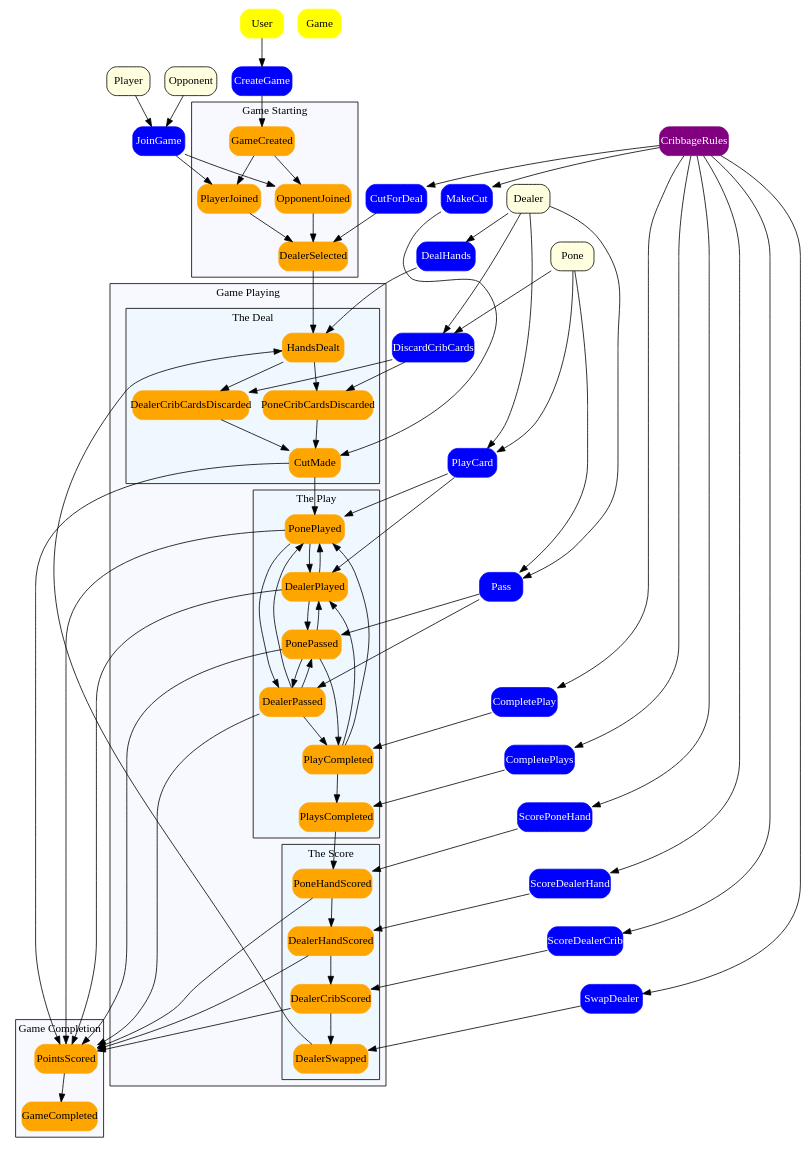
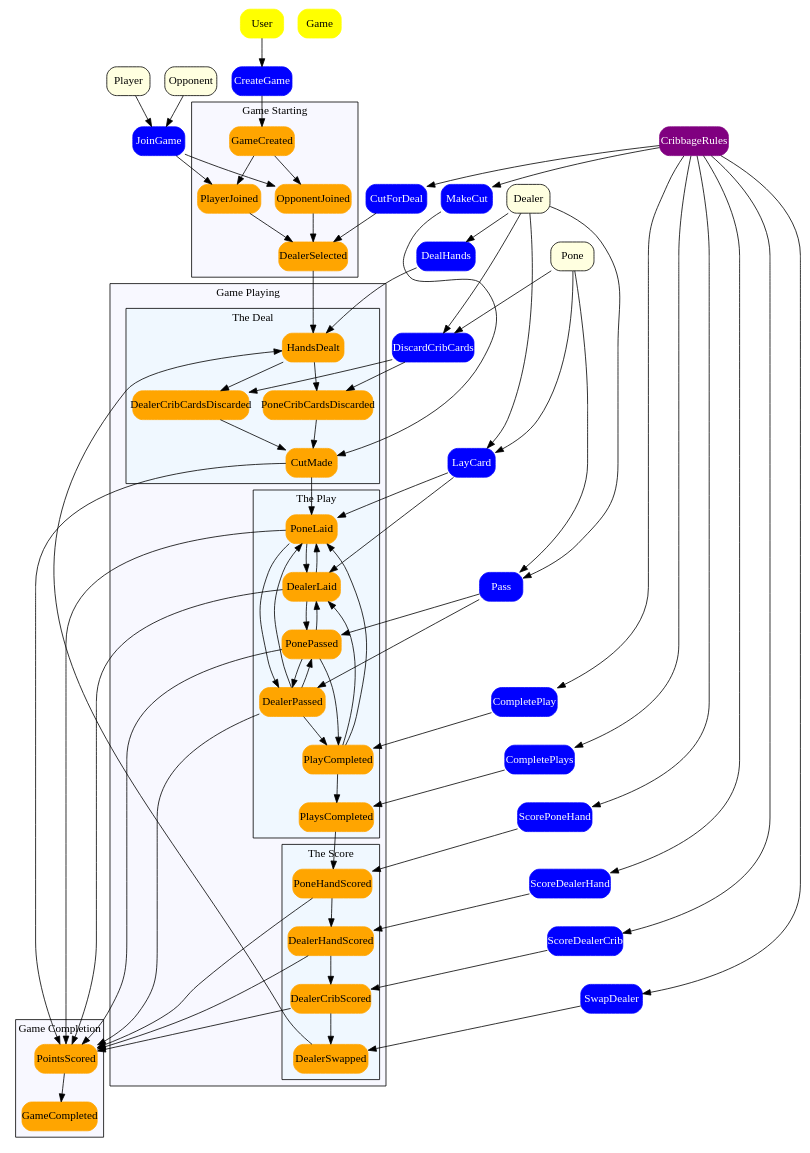
The diagram in design/events.dot (nigeleke/cribbage), drawn with Graphviz before and after one commit. The commit also changed 35 other files, not shown here.

```diff
--- a/design/events.dot
+++ b/design/events.dot
@@ -1,200 +1,199 @@
 digraph Cribbage {
 	graph [fontname="comic sans ms"];
 	node [style="filled, rounded", fontname="comic sans ms", shape=rectangle];
 	edge [fontname="comic sans ms"]
 
 	subgraph Events {
 		node [color=orange];
 
 		subgraph cluster_GameStartedEvents {
 			label="Game Starting"
 			style=filled;
 			fillcolor=ghostwhite;
 
 			GameCreated
 			PlayerJoined
 			OpponentJoined
 			DealerSelected
 		}
 
 		subgraph cluster_GamePlayingEvents {
 			label="Game Playing";
 			style=filled;
 			fillcolor=ghostwhite;
 		
 			subgraph cluster_DealingPhase {
 				label="The Deal"
 				fillcolor=aliceblue;
 				HandsDealt
 				DealerCribCardsDiscarded
 				PoneCribCardsDiscarded
 				CutMade
 			}
 
 			subgraph cluster_PlayingPhase {
 				label="The Play"
 				fillcolor=aliceblue;
-				PonePlayed
+				PoneLaid
 				PonePassed
-				DealerPlayed
+				DealerLaid
 				DealerPassed
 				PlayCompleted
 				PlaysCompleted
 			}
 
 			subgraph cluster_ScoringPhase {
 				label="The Score"
 				fillcolor=aliceblue;
 				PoneHandScored
 				DealerHandScored
 				DealerCribScored
 				DealerSwapped
 			}
 		}
 
 		subgraph cluster_GameCompletionEvents {
 			label="Game Completion";
 			style=filled;
 			fillcolor=ghostwhite;
 
 			PointsScored
 			GameCompleted
 		}
 
 		GameCreated -> PlayerJoined
 		GameCreated -> OpponentJoined
 
 		PlayerJoined -> DealerSelected
 		OpponentJoined -> DealerSelected
 
 		DealerSelected -> HandsDealt
 
 		HandsDealt -> DealerCribCardsDiscarded
 		HandsDealt -> PoneCribCardsDiscarded
 
 		DealerCribCardsDiscarded -> CutMade
 		PoneCribCardsDiscarded -> CutMade
 
 		CutMade -> PointsScored
-		CutMade -> PonePlayed
+		CutMade -> PoneLaid
 
-		PonePlayed -> PointsScored
+		PoneLaid -> PointsScored
 		PonePassed -> PointsScored
-		DealerPlayed -> PointsScored
+		DealerLaid -> PointsScored
 		DealerPassed -> PointsScored
 
-		PonePlayed -> DealerPlayed
-		PonePlayed -> DealerPassed
-		DealerPlayed -> PonePlayed
-		DealerPlayed -> PonePassed
-		PonePassed -> DealerPlayed
+		PoneLaid -> DealerLaid
+		PoneLaid -> DealerPassed
+		DealerLaid -> PoneLaid
+		DealerLaid -> PonePassed
+		PonePassed -> DealerLaid
 		PonePassed -> DealerPassed -> PlayCompleted
-		DealerPassed -> PonePlayed
+		DealerPassed -> PoneLaid
 		DealerPassed -> PonePassed -> PlayCompleted
 
-		PlayCompleted -> PonePlayed
-		PlayCompleted -> DealerPlayed
+		PlayCompleted -> PoneLaid
+		PlayCompleted -> DealerLaid
 
 		PlayCompleted -> PlaysCompleted -> PoneHandScored
 
 		PoneHandScored -> PointsScored
 		DealerHandScored -> PointsScored
 		DealerCribScored -> PointsScored
 
 		PoneHandScored -> DealerHandScored
 		DealerHandScored -> DealerCribScored
 		DealerCribScored -> DealerSwapped
 		DealerSwapped -> HandsDealt
 
 		PointsScored -> GameCompleted
 	}
 
 	subgraph Issues {
 		node [color=red, fontcolor=white];
 	}
 
 	subgraph BusinessProcesses {
 		node [color=purple, fontcolor=white];
 		CribbageRules
 	}
 
 	subgraph Commands {
 		node [color=blue, fontcolor=white];
 		CreateGame
 		JoinGame
 		CutForDeal
 		DealHands
 		DiscardCribCards
 		MakeCut
-		PlayCard
+		LayCard
 		Pass
 		CompletePlay
 		CompletePlays
 		ScorePoneHand
 		ScoreDealerHand
 		ScoreDealerCrib
 		SwapDealer
 	}
 
 	subgraph Actors {
 		node [fillcolor=lightyellow, color=black]
 		Player
 		Opponent
 		Dealer
 		Pone
 	}
 
 	subgraph Aggregates {
 		node [color=yellow];
 		Game
 		User
 	}
 
 	subgraph ExternalSystems {
 		node [color=magenta];
 	}
 
 	subgraph Views {
 		node [color=green];
 	}
 
 	CreateGame -> GameCreated
 	JoinGame -> PlayerJoined
 	JoinGame -> OpponentJoined
 	CutForDeal -> DealerSelected
 	DealHands -> HandsDealt
 	DiscardCribCards -> DealerCribCardsDiscarded
 	DiscardCribCards -> PoneCribCardsDiscarded
 	MakeCut -> CutMade
-	PlayCard -> PonePlayed
-	PlayCard -> DealerPlayed
+	LayCard -> PoneLaid
+	LayCard -> DealerLaid
 	Pass -> PonePassed
 	Pass -> DealerPassed
 	CompletePlay -> PlayCompleted
 	CompletePlays -> PlaysCompleted
 	ScorePoneHand -> PoneHandScored
 	ScoreDealerHand -> DealerHandScored
 	ScoreDealerCrib -> DealerCribScored
 	SwapDealer -> DealerSwapped
 
-
 	User -> CreateGame
 	Player -> JoinGame
 	Opponent -> JoinGame
 	CribbageRules -> CutForDeal
 	Dealer -> DealHands
 	Pone -> DiscardCribCards
 	Dealer -> DiscardCribCards
 	CribbageRules -> MakeCut
-	Pone -> PlayCard
-	Dealer -> PlayCard
+	Pone -> LayCard
+	Dealer -> LayCard
 	Pone -> Pass
 	Dealer -> Pass
 	CribbageRules -> CompletePlay
 	CribbageRules -> CompletePlays
 	CribbageRules -> ScorePoneHand
 	CribbageRules -> ScoreDealerHand
 	CribbageRules -> ScoreDealerCrib
 	CribbageRules -> SwapDealer
 
 }
```
